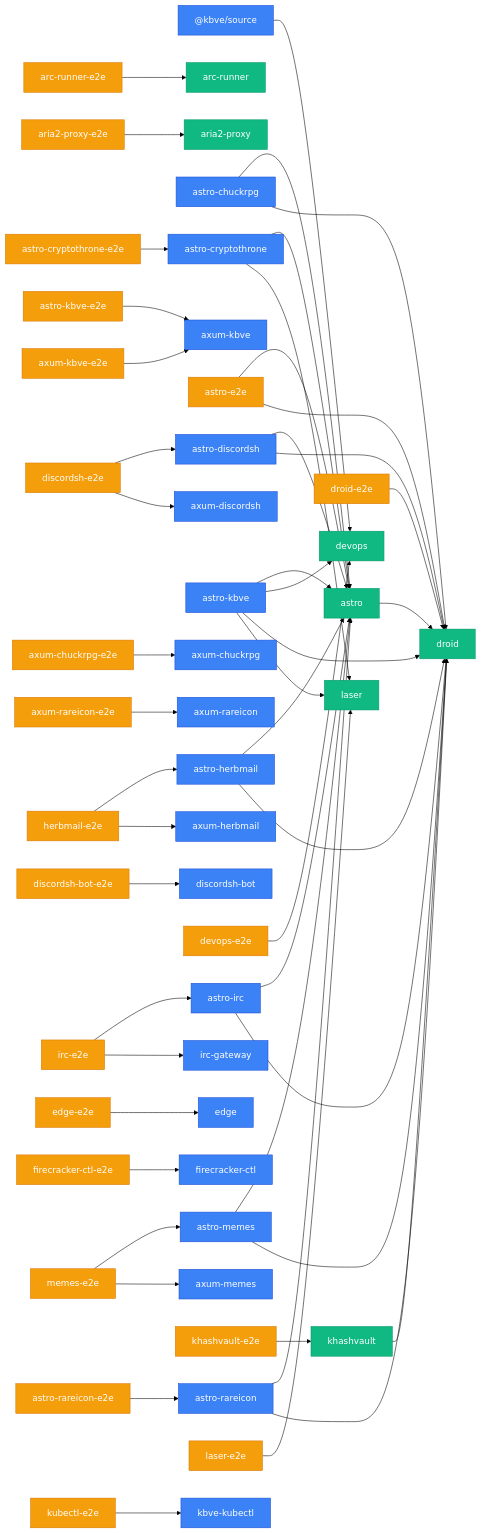
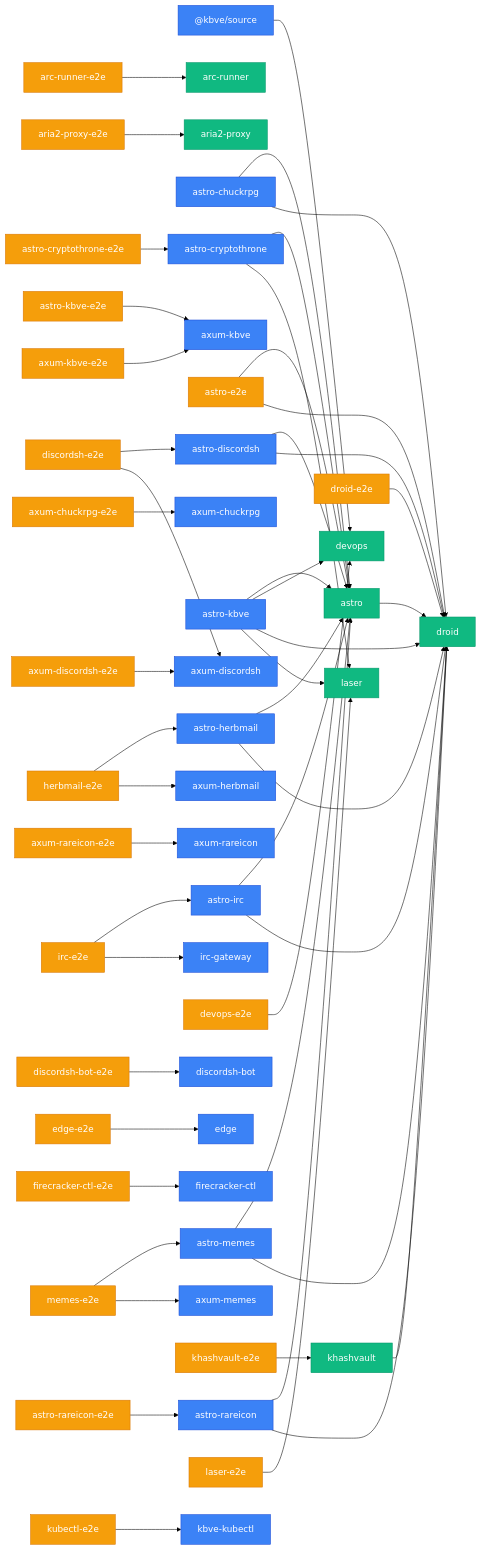
Before and after one commit to KBVE/kbve: the third of 3 diagrams in apps/kbve/astro-kbve/src/content/docs/dashboard/graph.mdx, drawn with Mermaid (forest theme). The commit also changed other lines of this file and 8 other files, not shown here.

````diff
--- a/apps/kbve/astro-kbve/src/content/docs/dashboard/graph.mdx
+++ b/apps/kbve/astro-kbve/src/content/docs/dashboard/graph.mdx
@@ -79,56 +79,57 @@
 ```mermaid
 graph LR
     classDef app fill:#3b82f6,stroke:#1d4ed8,color:#fff
     classDef lib fill:#10b981,stroke:#059669,color:#fff
     classDef e2e fill:#f59e0b,stroke:#d97706,color:#fff
     _kbve_source["@kbve/source"] --> devops["devops"]
     arc_runner_e2e["arc-runner-e2e"] --> arc_runner["arc-runner"]
     aria2_proxy_e2e["aria2-proxy-e2e"] --> aria2_proxy["aria2-proxy"]
     astro["astro"] --> droid["droid"]
     astro_chuckrpg["astro-chuckrpg"] --> astro["astro"]
     astro_chuckrpg["astro-chuckrpg"] --> droid["droid"]
     astro_cryptothrone["astro-cryptothrone"] --> astro["astro"]
     astro_cryptothrone["astro-cryptothrone"] --> laser["laser"]
     astro_cryptothrone_e2e["astro-cryptothrone-e2e"] --> astro_cryptothrone["astro-cryptothrone"]
     astro_discordsh["astro-discordsh"] --> astro["astro"]
     astro_discordsh["astro-discordsh"] --> droid["droid"]
     astro_e2e["astro-e2e"] --> astro["astro"]
     astro_e2e["astro-e2e"] --> droid["droid"]
     astro_herbmail["astro-herbmail"] --> astro["astro"]
     astro_herbmail["astro-herbmail"] --> droid["droid"]
     astro_irc["astro-irc"] --> astro["astro"]
     astro_irc["astro-irc"] --> droid["droid"]
     astro_kbve["astro-kbve"] --> astro["astro"]
     astro_kbve["astro-kbve"] --> devops["devops"]
     astro_kbve["astro-kbve"] --> droid["droid"]
     astro_kbve["astro-kbve"] --> laser["laser"]
     astro_kbve_e2e["astro-kbve-e2e"] --> axum_kbve["axum-kbve"]
     astro_memes["astro-memes"] --> astro["astro"]
     astro_memes["astro-memes"] --> droid["droid"]
     astro_rareicon["astro-rareicon"] --> astro["astro"]
     astro_rareicon["astro-rareicon"] --> droid["droid"]
     astro_rareicon_e2e["astro-rareicon-e2e"] --> astro_rareicon["astro-rareicon"]
     axum_chuckrpg_e2e["axum-chuckrpg-e2e"] --> axum_chuckrpg["axum-chuckrpg"]
+    axum_discordsh_e2e["axum-discordsh-e2e"] --> axum_discordsh["axum-discordsh"]
     axum_kbve_e2e["axum-kbve-e2e"] --> axum_kbve["axum-kbve"]
     axum_rareicon_e2e["axum-rareicon-e2e"] --> axum_rareicon["axum-rareicon"]
     devops_e2e["devops-e2e"] --> devops["devops"]
     discordsh_bot_e2e["discordsh-bot-e2e"] --> discordsh_bot["discordsh-bot"]
     discordsh_e2e["discordsh-e2e"] --> astro_discordsh["astro-discordsh"]
     discordsh_e2e["discordsh-e2e"] --> axum_discordsh["axum-discordsh"]
     droid_e2e["droid-e2e"] --> droid["droid"]
     edge_e2e["edge-e2e"] --> edge["edge"]
     firecracker_ctl_e2e["firecracker-ctl-e2e"] --> firecracker_ctl["firecracker-ctl"]
     herbmail_e2e["herbmail-e2e"] --> astro_herbmail["astro-herbmail"]
     herbmail_e2e["herbmail-e2e"] --> axum_herbmail["axum-herbmail"]
     irc_e2e["irc-e2e"] --> astro_irc["astro-irc"]
     irc_e2e["irc-e2e"] --> irc_gateway["irc-gateway"]
     khashvault["khashvault"] --> droid["droid"]
     khashvault_e2e["khashvault-e2e"] --> khashvault["khashvault"]
     kubectl_e2e["kubectl-e2e"] --> kbve_kubectl["kbve-kubectl"]
     laser_e2e["laser-e2e"] --> laser["laser"]
     memes_e2e["memes-e2e"] --> astro_memes["astro-memes"]
     memes_e2e["memes-e2e"] --> axum_memes["axum-memes"]
     class _kbve_source,agones_factorio,agones_factorio_relay,angelscript,astro_chuckrpg,astro_cryptothrone,astro_discordsh,astro_herbmail,astro_irc,astro_kbve,astro_memes,astro_rareicon,axum_chuckrpg,axum_cryptothrone,axum_discordsh,axum_herbmail,axum_kbve,axum_memes,axum_rareicon,cryptothrone,cryptothrone_server,desktop_kbve,discordsh,discordsh_bot,edge,firecracker_ctl,herbmail,iot_edge_worker,irc,irc_gateway,isometric,kbve_kubectl,kbve_spider,kilobase,mc,mc_lobby,mc_velocity,memes,nd_server,nexus_defense,notification_bot,pydesk,rows,unity_rareicon,unreal_chuck,unreal_rentearth app
     class arc_runner,aria2_proxy,astro,bevy_battle,bevy_behavior,bevy_cam,bevy_chat,bevy_db,bevy_inventory,bevy_items,bevy_kbve_net,bevy_mapdb,bevy_npc,bevy_pathfinder,bevy_player,bevy_quests,bevy_skills,bevy_statemachine,bevy_supa,bevy_tasker,chisel_ubuntu_axum,data_proto,data_sql,devops,droid,erust,firecracker_node_web,firecracker_python_net,firecracker_python_web,holy,jedi,kasm_cloakbrowser,kasm_void,kbve,khashvault,laser,python_fudster,python_kbve,q,simgrid,steamcmd_ubuntu,uniti lib
-    class arc_runner_e2e,aria2_proxy_e2e,astro_cryptothrone_e2e,astro_e2e,astro_kbve_e2e,astro_rareicon_e2e,axum_chuckrpg_e2e,axum_kbve_e2e,axum_rareicon_e2e,devops_e2e,discordsh_bot_e2e,discordsh_e2e,droid_e2e,edge_e2e,firecracker_ctl_e2e,herbmail_e2e,irc_e2e,khashvault_e2e,kubectl_e2e,laser_e2e,memes_e2e e2e
+    class arc_runner_e2e,aria2_proxy_e2e,astro_cryptothrone_e2e,astro_e2e,astro_kbve_e2e,astro_rareicon_e2e,axum_chuckrpg_e2e,axum_discordsh_e2e,axum_kbve_e2e,axum_rareicon_e2e,devops_e2e,discordsh_bot_e2e,discordsh_e2e,droid_e2e,edge_e2e,firecracker_ctl_e2e,herbmail_e2e,irc_e2e,khashvault_e2e,kubectl_e2e,laser_e2e,memes_e2e e2e
 ```
````
